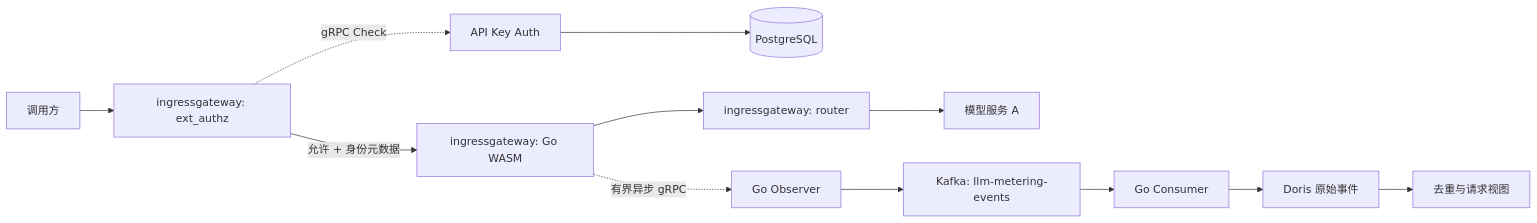
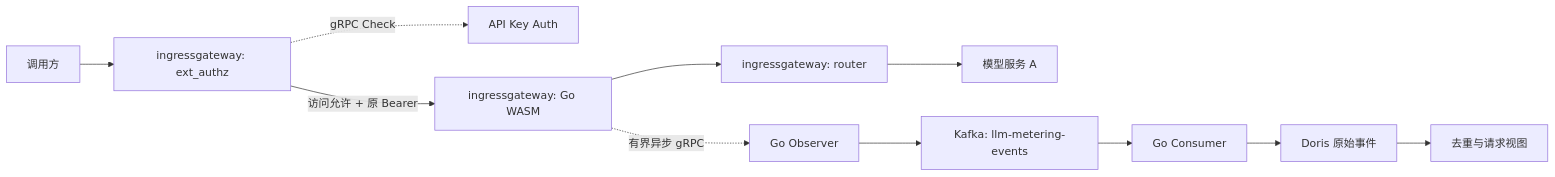
Before and after one commit to Fangyan33/llm-token-stats: the first of 2 diagrams in docs/gateway-request-collection-implementation.md, drawn with Mermaid. The commit also changed other lines of this file and 94 other files, not shown here.

````diff
--- a/docs/gateway-request-collection-implementation.md
+++ b/docs/gateway-request-collection-implementation.md
@@ -46,14 +48,13 @@
 ```mermaid
 flowchart LR
     C[调用方] --> X[ingressgateway: ext_authz]
     X -. gRPC Check .-> H[API Key Auth]
-    H --> P[(PostgreSQL)]
-    X -->|允许 + 身份元数据| W[ingressgateway: Go WASM]
+    X -->|访问允许 + 原 Bearer| W[ingressgateway: Go WASM]
     W --> R[ingressgateway: router]
     R --> A[模型服务 A]
     W -. 有界异步 gRPC .-> O[Go Observer]
     O --> K[Kafka: llm-metering-events]
     K --> S[Go Consumer]
     S --> D[Doris 原始事件]
     D --> V[去重与请求视图]
 ```
````
